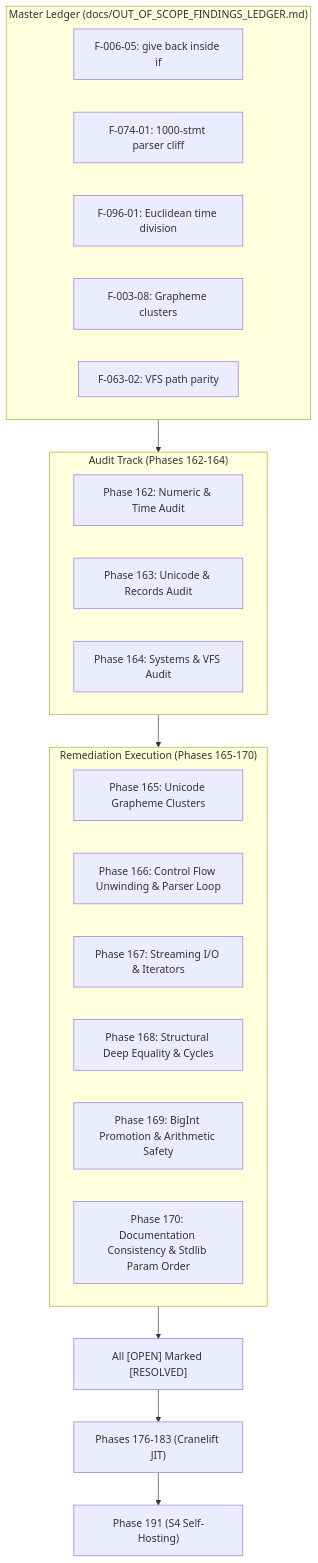
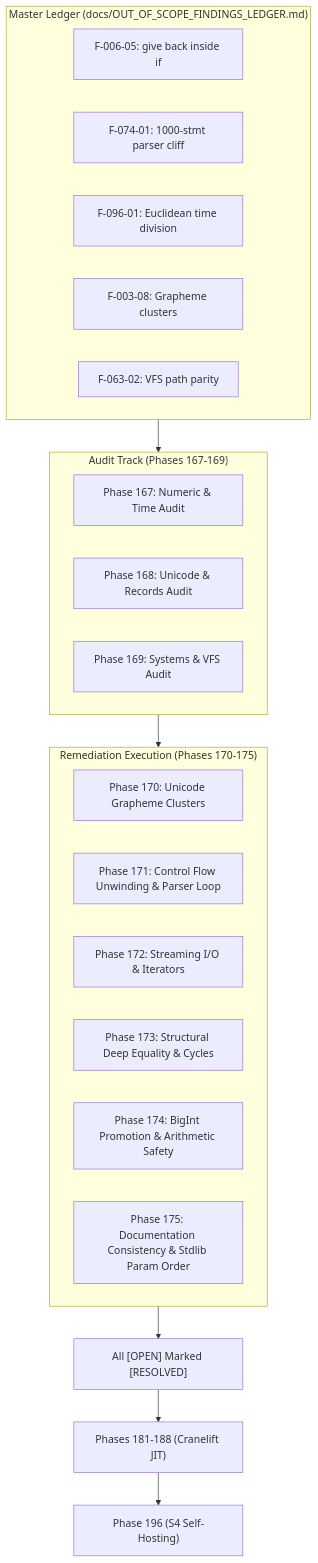
One commit to authorss81/redblue changed the diagram in docs/OUT_OF_SCOPE_FINDINGS_LEDGER.md. Above: the diagram before and after it, drawn with Mermaid. The commit also changed other lines of this file and 2 other files, not shown here.

Commit message:
docs: shift future roadmap phases by +5 (132-196), designate Phase 131 freeze gate, keep SemVer start at Phase 127

````diff
--- a/docs/OUT_OF_SCOPE_FINDINGS_LEDGER.md
+++ b/docs/OUT_OF_SCOPE_FINDINGS_LEDGER.md
@@ -101,31 +101,31 @@
 ```mermaid
 flowchart TD
     subgraph MasterLedger["Master Ledger (docs/OUT_OF_SCOPE_FINDINGS_LEDGER.md)"]
         F1["F-006-05: give back inside if"]
         F2["F-074-01: 1000-stmt parser cliff"]
         F3["F-096-01: Euclidean time division"]
         F4["F-003-08: Grapheme clusters"]
         F5["F-063-02: VFS path parity"]
     end
 
-    subgraph AuditTracks["Audit Track (Phases 162-164)"]
-        P162["Phase 162: Numeric & Time Audit"]
-        P163["Phase 163: Unicode & Records Audit"]
-        P164["Phase 164: Systems & VFS Audit"]
+    subgraph AuditTracks["Audit Track (Phases 167-169)"]
+        P162["Phase 167: Numeric & Time Audit"]
+        P163["Phase 168: Unicode & Records Audit"]
+        P164["Phase 169: Systems & VFS Audit"]
     end
 
-    subgraph RemediationPasses["Remediation Execution (Phases 165-170)"]
-        P165["Phase 165: Unicode Grapheme Clusters"]
-        P166["Phase 166: Control Flow Unwinding & Parser Loop"]
-        P167["Phase 167: Streaming I/O & Iterators"]
-        P168["Phase 168: Structural Deep Equality & Cycles"]
-        P169["Phase 169: BigInt Promotion & Arithmetic Safety"]
-        P170["Phase 170: Documentation Consistency & Stdlib Param Order"]
+    subgraph RemediationPasses["Remediation Execution (Phases 170-175)"]
+        P165["Phase 170: Unicode Grapheme Clusters"]
+        P166["Phase 171: Control Flow Unwinding & Parser Loop"]
+        P167["Phase 172: Streaming I/O & Iterators"]
+        P168["Phase 173: Structural Deep Equality & Cycles"]
+        P169["Phase 174: BigInt Promotion & Arithmetic Safety"]
+        P170["Phase 175: Documentation Consistency & Stdlib Param Order"]
     end
 
     MasterLedger --> AuditTracks
     AuditTracks --> RemediationPasses
     RemediationPasses --> Gates["All [OPEN] Marked [RESOLVED]"]
-    Gates --> JIT["Phases 176-183 (Cranelift JIT)"]
-    JIT --> S4["Phase 191 (S4 Self-Hosting)"]
+    Gates --> JIT["Phases 181-188 (Cranelift JIT)"]
+    JIT --> S4["Phase 196 (S4 Self-Hosting)"]
 ```
````
